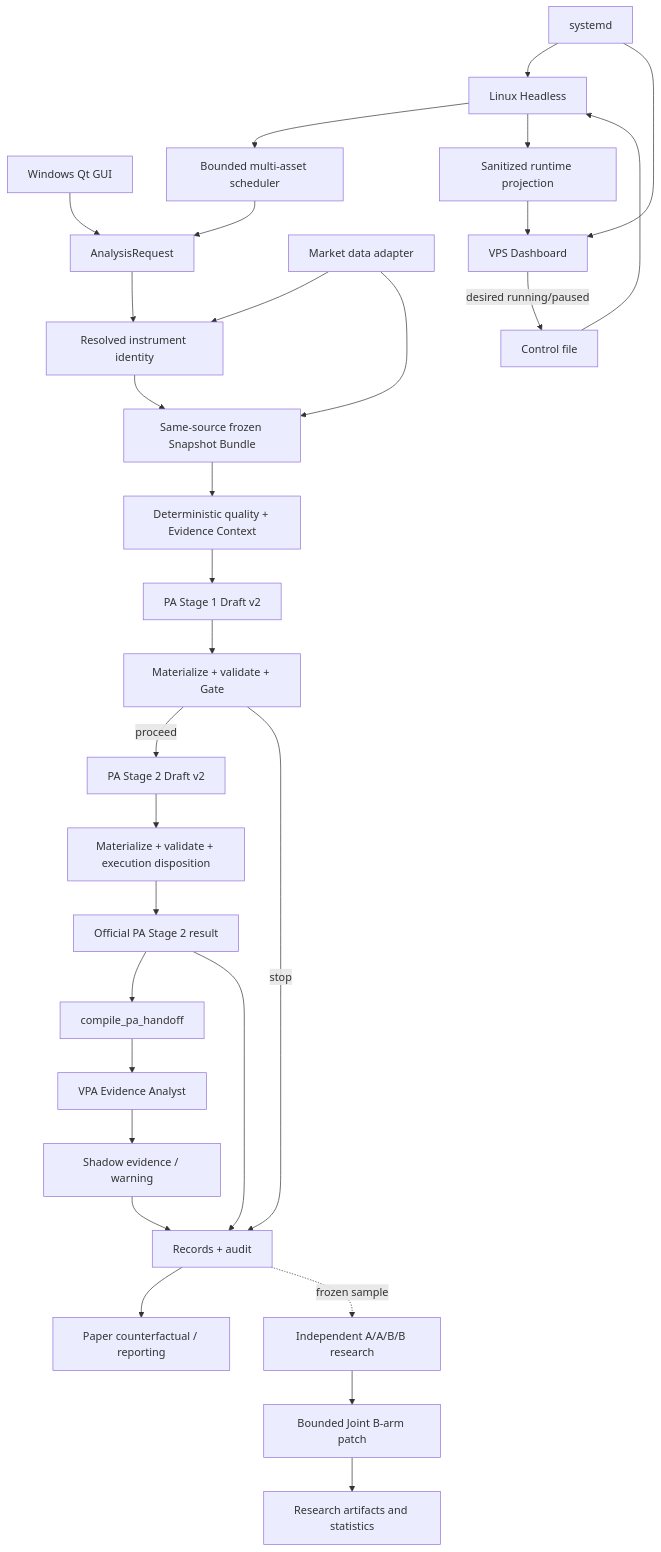
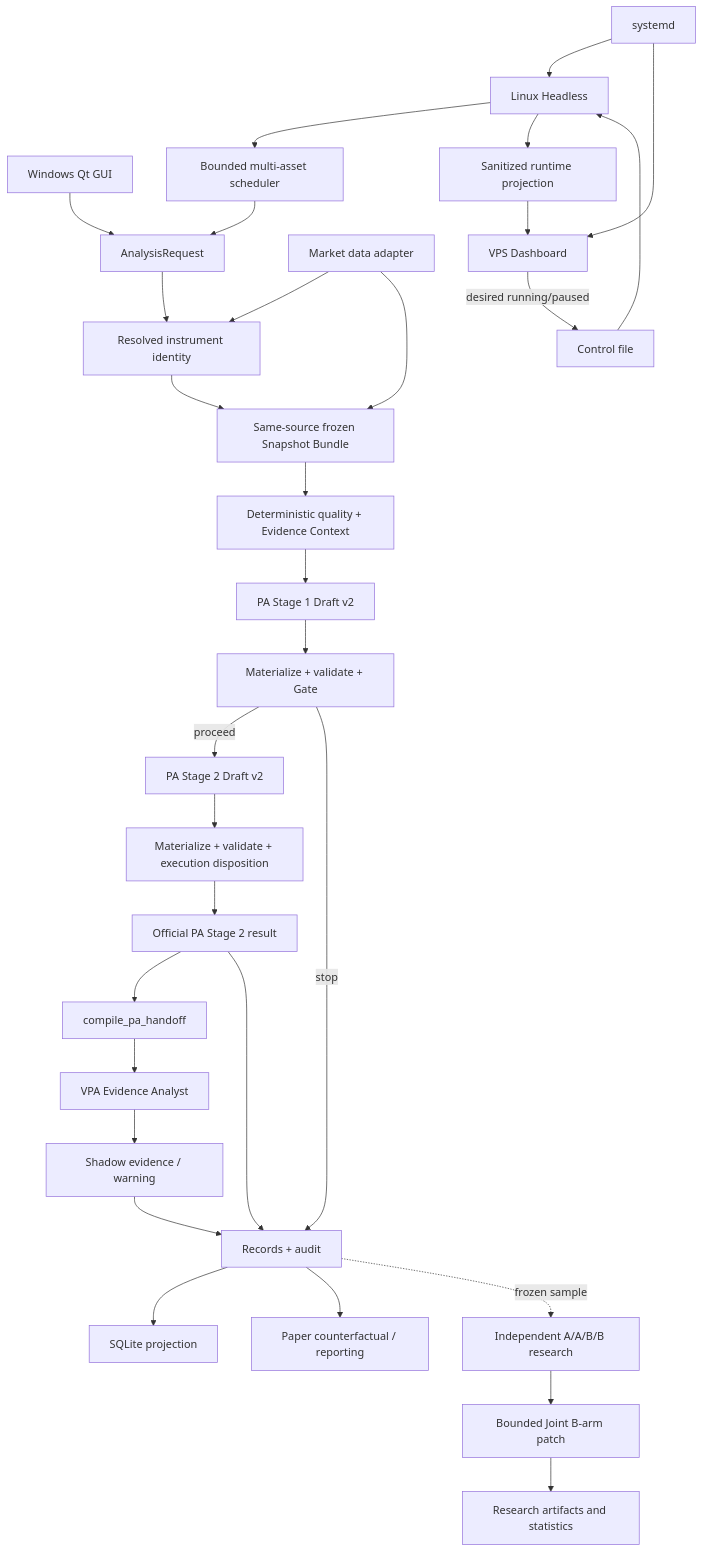
Before and after one commit to vincentlii/paagent_codex: the diagram in docs/knowledge/architecture-map.md, drawn with Mermaid. The commit also changed other lines of this file and 2 other files, not shown here.

````diff
--- a/docs/knowledge/architecture-map.md
+++ b/docs/knowledge/architecture-map.md
@@ -19,32 +19,33 @@
 ```mermaid
 flowchart TD
     GUI[Windows Qt GUI] --> REQ[AnalysisRequest]
     HEAD[Linux Headless] --> SCHED[Bounded multi-asset scheduler]
     SCHED --> REQ
     DATA[Market data adapter] --> IDENT[Resolved instrument identity]
     REQ --> IDENT
     IDENT --> SNAP[Same-source frozen Snapshot Bundle]
     DATA --> SNAP
     SNAP --> FACTS[Deterministic quality + Evidence Context]
     FACTS --> S1[PA Stage 1 Draft v2]
     S1 --> M1[Materialize + validate + Gate]
     M1 -->|proceed| S2[PA Stage 2 Draft v2]
     M1 -->|stop| RECORD[Records + audit]
     S2 --> M2[Materialize + validate + execution disposition]
     M2 --> PA[Official PA Stage 2 result]
     PA --> HANDOFF[compile_pa_handoff]
     HANDOFF --> VPA[VPA Evidence Analyst]
     VPA --> SHADOW[Shadow evidence / warning]
     PA --> RECORD
     SHADOW --> RECORD
+    RECORD --> SQLITE[SQLite projection]
     RECORD --> PAPER[Paper counterfactual / reporting]
     RECORD -. frozen sample .-> AABB[Independent A/A/B/B research]
     AABB --> JOINT[Bounded Joint B-arm patch]
     JOINT --> RSTORE[Research artifacts and statistics]
     HEAD --> PROJ[Sanitized runtime projection]
     DASH[VPS Dashboard] -->|desired running/paused| CTRL[Control file]
     CTRL --> HEAD
     PROJ --> DASH
     SYSTEMD[systemd] --> HEAD
     SYSTEMD --> DASH
 ```
````
